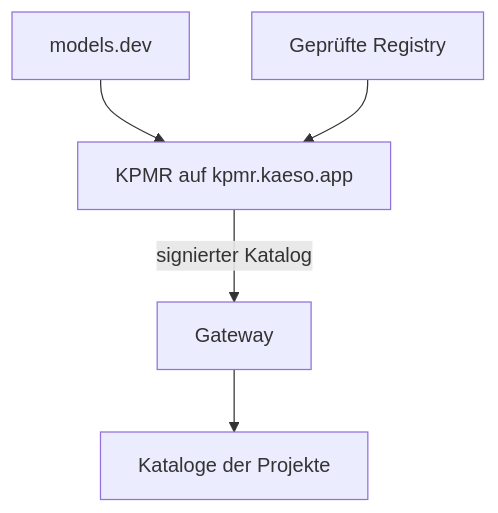
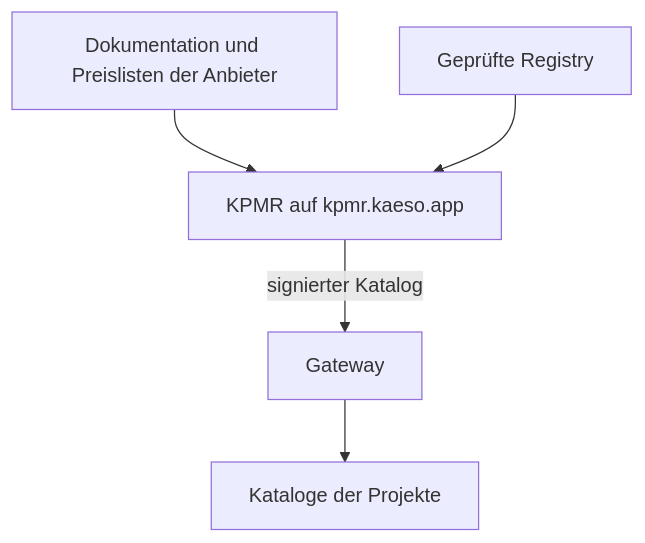
One commit to logicplanes/kaeso changed the first of 2 diagrams in apps/docs/content/de/concepts/kpmr.md. Above: the diagram before and after it, drawn with Mermaid. The commit also changed other lines of this file and 34 other files, not shown here.

````diff
--- a/apps/docs/content/de/concepts/kpmr.md
+++ b/apps/docs/content/de/concepts/kpmr.md
@@ -9,9 +9,9 @@
 ```mermaid
 flowchart TD
   accTitle: Woher die Modelldaten kommen
-  accDescr: KPMR baut seinen Katalog aus models.dev und seiner geprüften Registry. Das Gateway ruft den Katalog ab und nutzt ihn für die Modelle jedes Projekts.
-  modelsdev[models.dev]:::outside --> kpmr[KPMR auf kpmr.kaeso.app]:::outside
+  accDescr: KPMR baut seinen Katalog aus der Dokumentation und den Preislisten der Anbieter, geprüft in seiner Registry. Das Gateway ruft den Katalog ab und nutzt ihn für die Modelle jedes Projekts.
+  sources[Dokumentation und Preislisten der Anbieter]:::outside --> kpmr[KPMR auf kpmr.kaeso.app]:::outside
   registry[Geprüfte Registry]:::outside --> kpmr
   kpmr -- signierter Katalog --> gateway[Gateway]:::accent
   gateway --> catalogue[Kataloge der Projekte]
 ```
````
